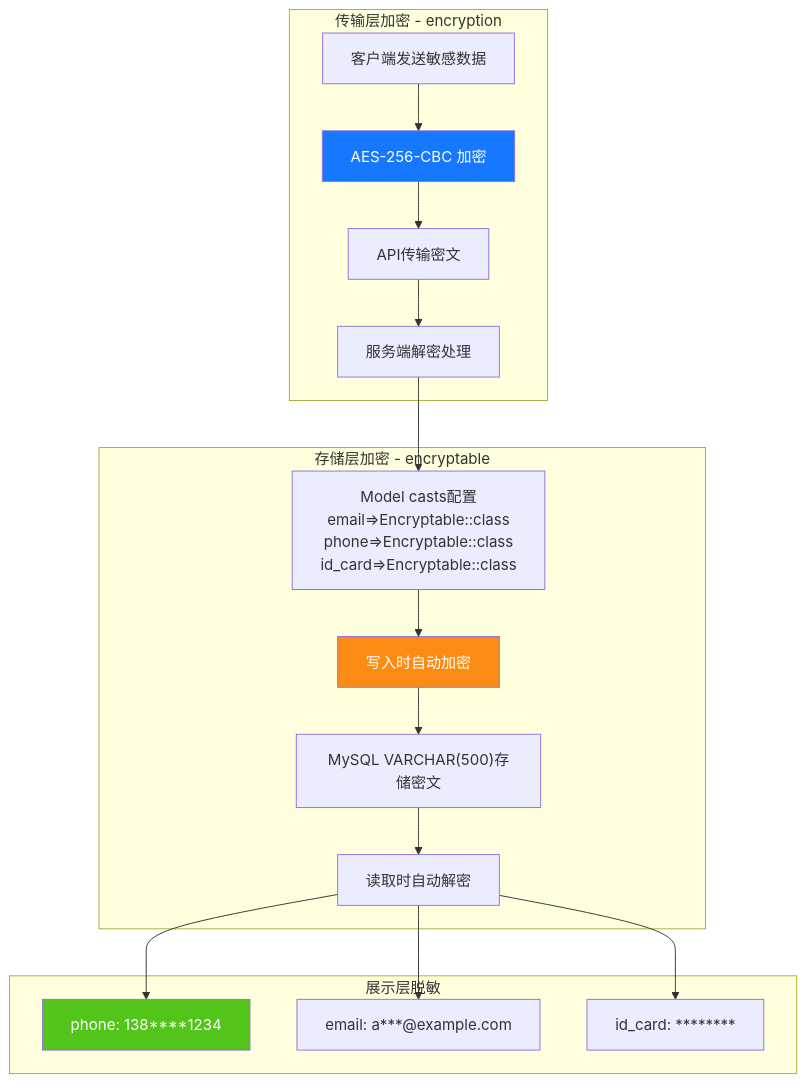
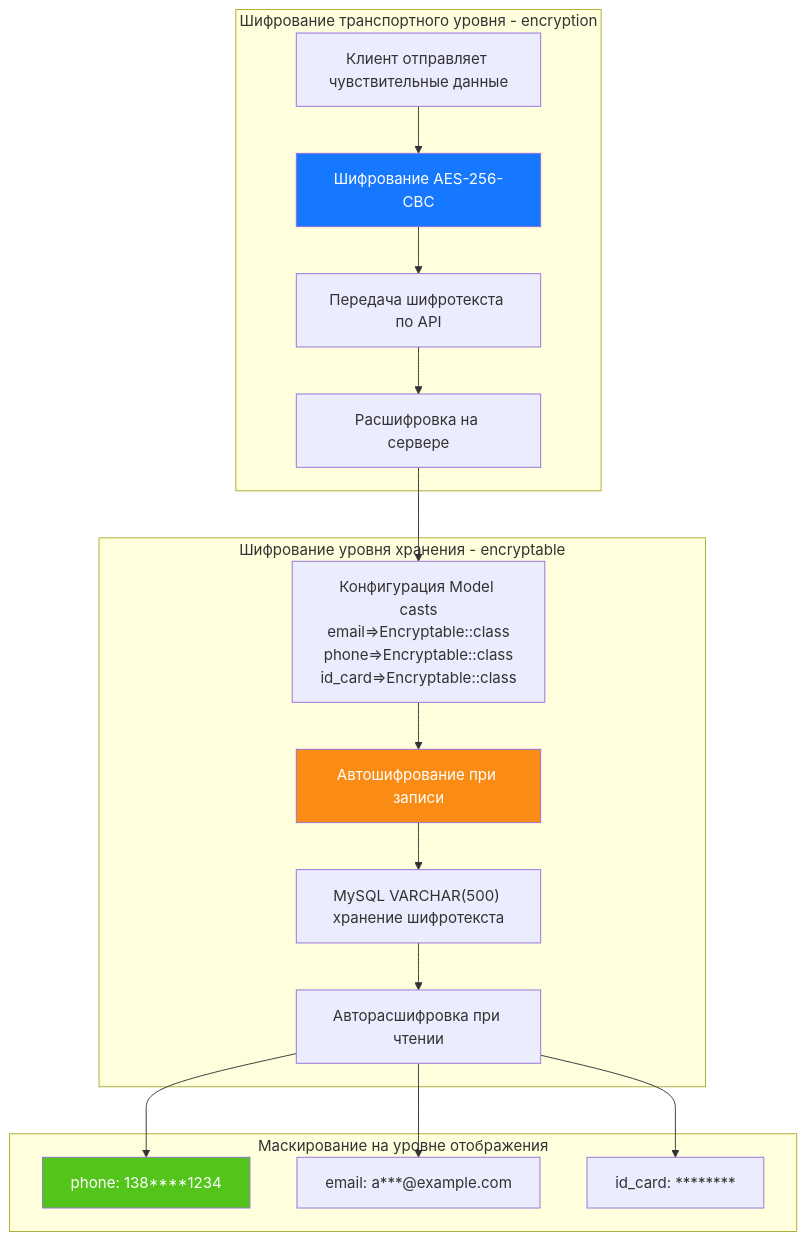
The diagram in admin/docs/diagrams/07-encryption-layers.ru.md (erikwang2013/game-platform-php), drawn with Mermaid before and after one commit. The commit also changed 211 other files, not shown here.

First line of the commit message:
fix: 支付配置读回类型根治、提现事件对账巡检，12 语族 mermaid 与 API 标签本地化

````diff
--- a/admin/docs/diagrams/07-encryption-layers.ru.md
+++ b/admin/docs/diagrams/07-encryption-layers.ru.md
@@ -7,31 +7,31 @@
 ```mermaid
 flowchart TB
-    subgraph transport["传输层加密 - encryption"]
-        e1["客户端发送敏感数据"]
-        e2["AES-256-CBC 加密"]
-        e3["API传输密文"]
-        e4["服务端解密处理"]
+    subgraph transport["Шифрование транспортного уровня - encryption"]
+        e1["Клиент отправляет чувствительные данные"]
+        e2["Шифрование AES-256-CBC"]
+        e3["Передача шифротекста по API"]
+        e4["Расшифровка на сервере"]
         e1 --> e2 --> e3 --> e4
     end
 
-    subgraph storage["存储层加密 - encryptable"]
-        d1["Model casts配置<br/>email=>Encryptable::class<br/>phone=>Encryptable::class<br/>id_card=>Encryptable::class"]
-        d2["写入时自动加密"]
-        d3["MySQL VARCHAR(500)存储密文"]
-        d4["读取时自动解密"]
+    subgraph storage["Шифрование уровня хранения - encryptable"]
+        d1["Конфигурация Model casts<br/>email=>Encryptable::class<br/>phone=>Encryptable::class<br/>id_card=>Encryptable::class"]
+        d2["Автошифрование при записи"]
+        d3["MySQL VARCHAR(500) хранение шифротекста"]
+        d4["Авторасшифровка при чтении"]
         d1 --> d2 --> d3 --> d4
     end
 
-    subgraph mask["展示层脱敏"]
+    subgraph mask["Маскирование на уровне отображения"]
         m1["phone: 138****1234"]
         m2["email: a***@example.com"]
         m3["id_card: ********"]
         d4 --> m1 & m2 & m3
     end
 
     e4 --> d1
 
     style e2 fill:#1677FF,color:#fff
     style d2 fill:#FA8C16,color:#fff
     style m1 fill:#52C41A,color:#fff
 ```
````
